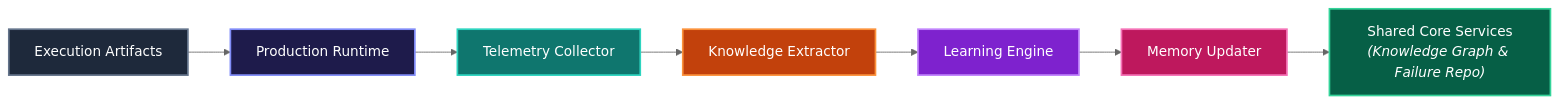
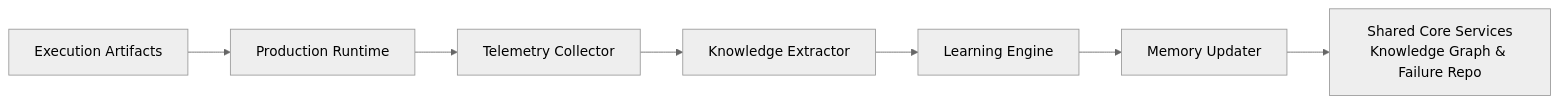
Before and after one commit to jacobjerryarackal/harness-engineering: the ninth of 16 diagrams in README.md, drawn with Mermaid (neutral theme). The commit also changed other lines of this file, not shown here.

Commit message:
docs: clean up Mermaid diagrams by removing styling and replace HLD diagram with static image link

````diff
--- a/README.md
+++ b/README.md
@@ -670,17 +488,9 @@
 ```mermaid
 flowchart LR
     Art["Execution Artifacts"] --> PR["Production Runtime"]
     PR --> TC["Telemetry Collector"]
     TC --> KE["Knowledge Extractor"]
     KE --> LE["Learning Engine"]
     LE --> MU["Memory Updater"]
-    MU --> SCS["Shared Core Services<br/><i>(Knowledge Graph & Failure Repo)</i>"]
-
-    style Art fill:#1e293b,stroke:#64748b,stroke-width:2px,color:#fff
-    style PR fill:#1e1b4b,stroke:#818cf8,stroke-width:2px,color:#fff
-    style TC fill:#0f766e,stroke:#2dd4bf,stroke-width:2px,color:#fff
-    style KE fill:#c2410c,stroke:#fb923c,stroke-width:2px,color:#fff
-    style LE fill:#7e22ce,stroke:#c084fc,stroke-width:2px,color:#fff
-    style MU fill:#be185d,stroke:#f472b6,stroke-width:2px,color:#fff
-    style SCS fill:#065f46,stroke:#34d399,stroke-width:2px,color:#fff
+    MU --> SCS["Shared Core Services<br/>Knowledge Graph & Failure Repo"]
 ```
````
